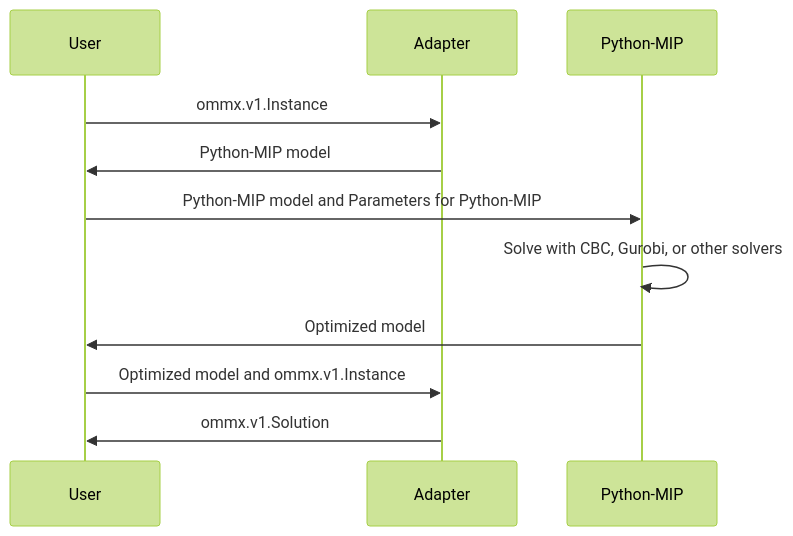
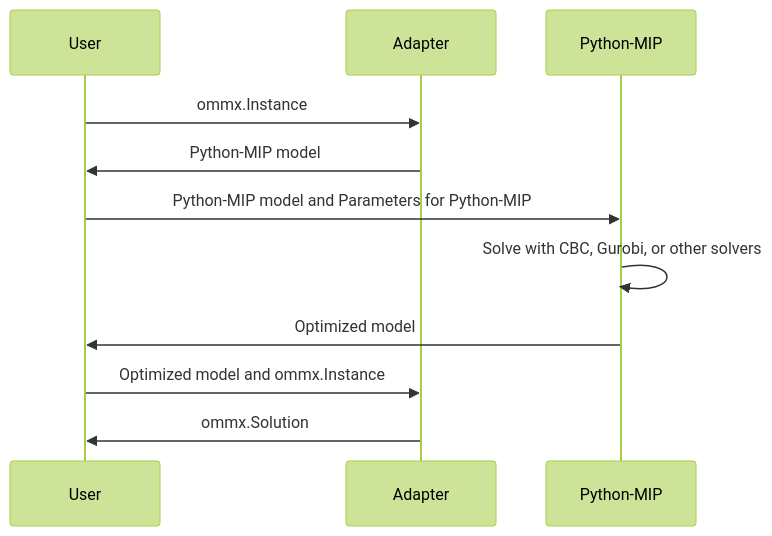
One commit to Jij-Inc/ommx changed the first of 2 diagrams in python/ommx-python-mip-adapter/README.md. Above: the diagram before and after it, drawn with Mermaid (forest theme). The commit also changed other lines of this file and 232 other files, not shown here.

````diff
--- a/python/ommx-python-mip-adapter/README.md
+++ b/python/ommx-python-mip-adapter/README.md
@@ -9,13 +9,13 @@
 ```mermaid
 sequenceDiagram
     participant U as User
     participant A as Adapter
     participant P as Python-MIP
-    U->>A: ommx.v1.Instance
+    U->>A: ommx.Instance
     A->>U: Python-MIP model
     U->>P: Python-MIP model and Parameters for Python-MIP;
     P->>P: Solve with CBC, Gurobi, or other solvers
     P->>U: Optimized model
-    U->>A: Optimized model and ommx.v1.Instance
-    A->>U: ommx.v1.Solution
+    U->>A: Optimized model and ommx.Instance
+    A->>U: ommx.Solution
 ```
````
